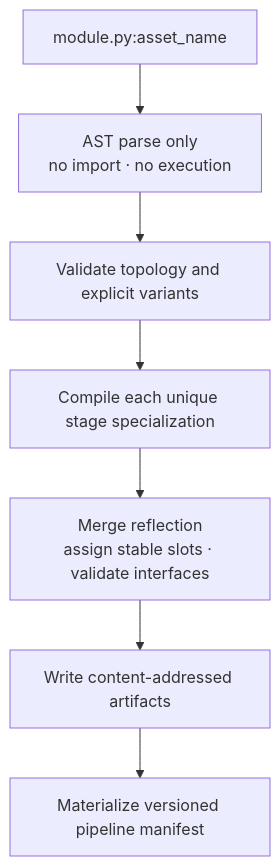
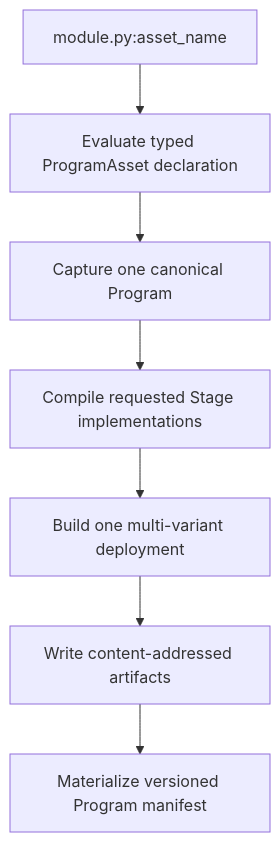
Before and after one commit to morphling666/VernonDSL: the third of 3 diagrams in ARCHITECTURE.md, drawn with Mermaid. The commit also changed other lines of this file and 69 other files, not shown here.

````diff
--- a/ARCHITECTURE.md
+++ b/ARCHITECTURE.md
@@ -512,12 +514,12 @@
 ```mermaid
 flowchart TD
     Ref["module.py:asset_name"]
-    Parse["AST parse only<br/>no import · no execution"]
-    Variants["Validate topology and explicit variants"]
-    Compile["Compile each unique stage specialization"]
-    Plan["Merge reflection<br/>assign stable slots · validate interfaces"]
+    Evaluate["Evaluate typed ProgramAsset declaration"]
+    Capture["Capture one canonical Program"]
+    Compile["Compile requested Stage implementations"]
+    Deploy["Build one multi-variant deployment"]
     Artifacts["Write content-addressed artifacts"]
-    Manifest["Materialize versioned pipeline manifest"]
+    Manifest["Materialize versioned Program manifest"]
 
-    Ref --> Parse --> Variants --> Compile --> Plan --> Artifacts --> Manifest
+    Ref --> Evaluate --> Capture --> Compile --> Deploy --> Artifacts --> Manifest
 ```
````
